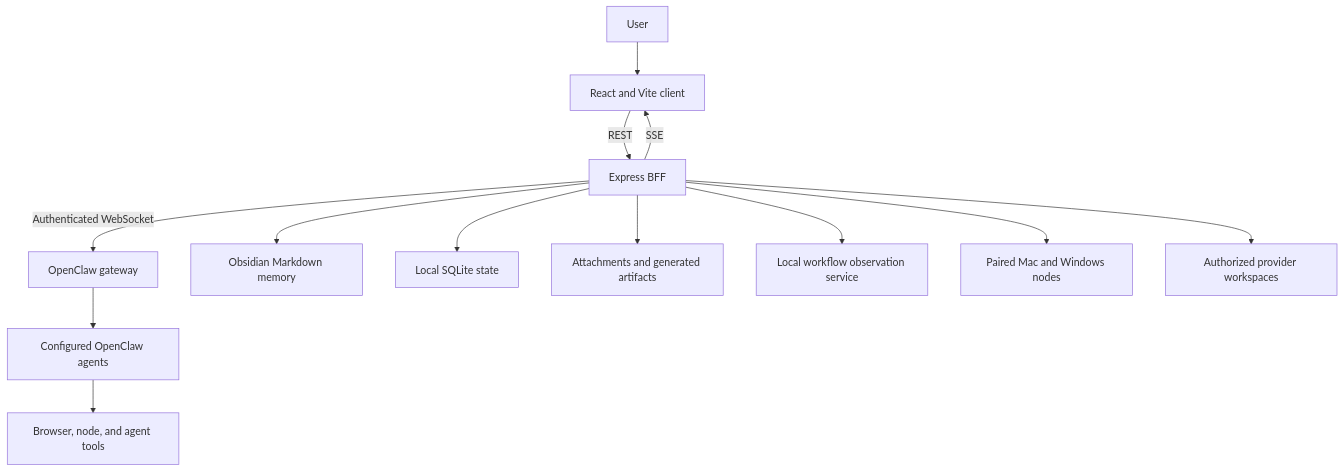
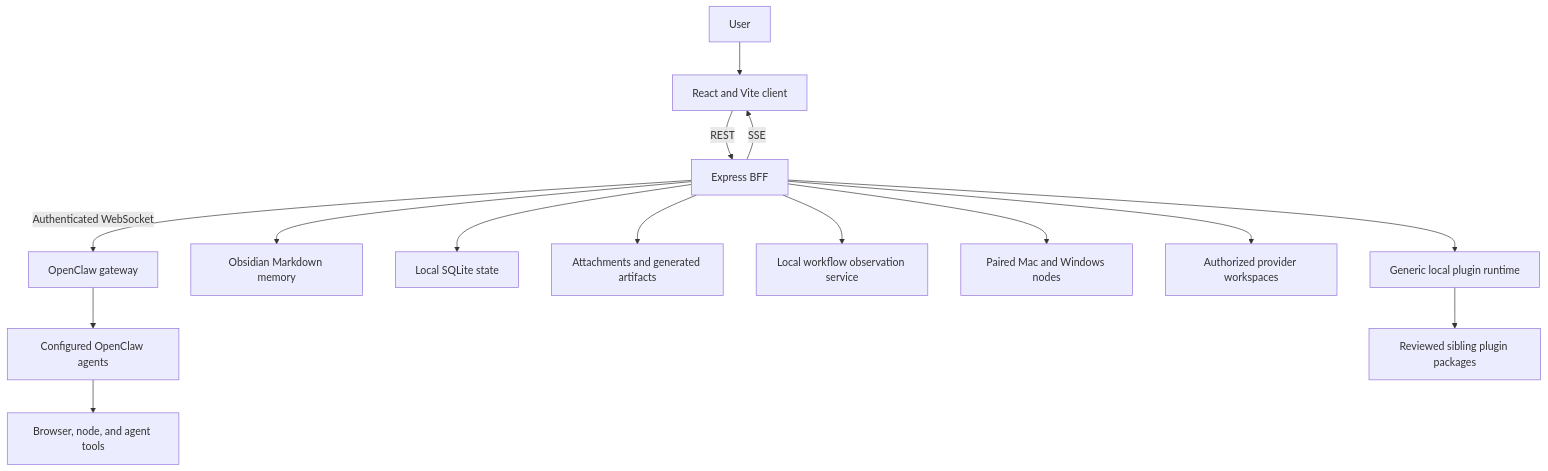
The first of 6 diagrams in README.md (tol518/orion-personal-ai-operating-system), drawn with Mermaid before and after one commit. The commit also changed other lines of this file and 14 other files, not shown here.

Commit message:
Add Orion plugin runtime groundwork

````diff
--- a/README.md
+++ b/README.md
@@ -81,17 +87,19 @@
 ```mermaid
 flowchart TB
   User["User"] --> Client["React and Vite client"]
   Client -->|"REST"| BFF["Express BFF"]
   BFF -->|"SSE"| Client
 
   BFF -->|"Authenticated WebSocket"| Gateway["OpenClaw gateway"]
   Gateway --> Agents["Configured OpenClaw agents"]
   Agents --> Tools["Browser, node, and agent tools"]
 
   BFF --> Memory["Obsidian Markdown memory"]
   BFF --> SQLite["Local SQLite state"]
   BFF --> Files["Attachments and generated artifacts"]
   BFF --> Observer["Local workflow observation service"]
   BFF --> Nodes["Paired Mac and Windows nodes"]
   BFF --> Extraction["Authorized provider workspaces"]
+  BFF --> PluginRuntime["Generic local plugin runtime"]
+  PluginRuntime --> Plugins["Reviewed sibling plugin packages"]
 ```
````
